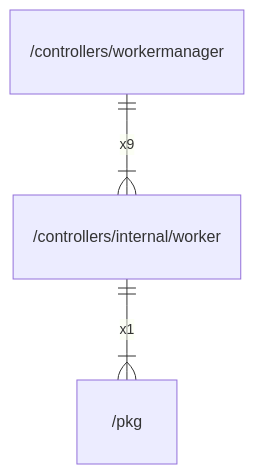
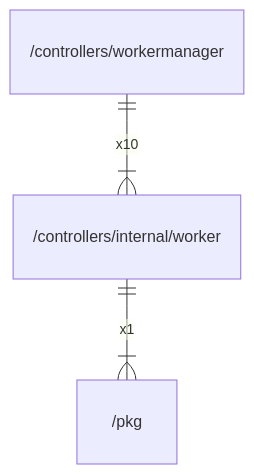
Before and after one commit to gbh007/hgraber-next: the diagram in docs/arch/controllers/internal/worker.md, drawn with Mermaid. The commit also changed 52 other files, not shown here.

````diff
--- a/docs/arch/controllers/internal/worker.md
+++ b/docs/arch/controllers/internal/worker.md
@@ -27,5 +27,5 @@
 ```mermaid
 erDiagram
     "/controllers/internal/worker" ||--|{ "/pkg" : x1
-    "/controllers/workermanager" ||--|{ "/controllers/internal/worker" : x9
+    "/controllers/workermanager" ||--|{ "/controllers/internal/worker" : x10
 ```
````
